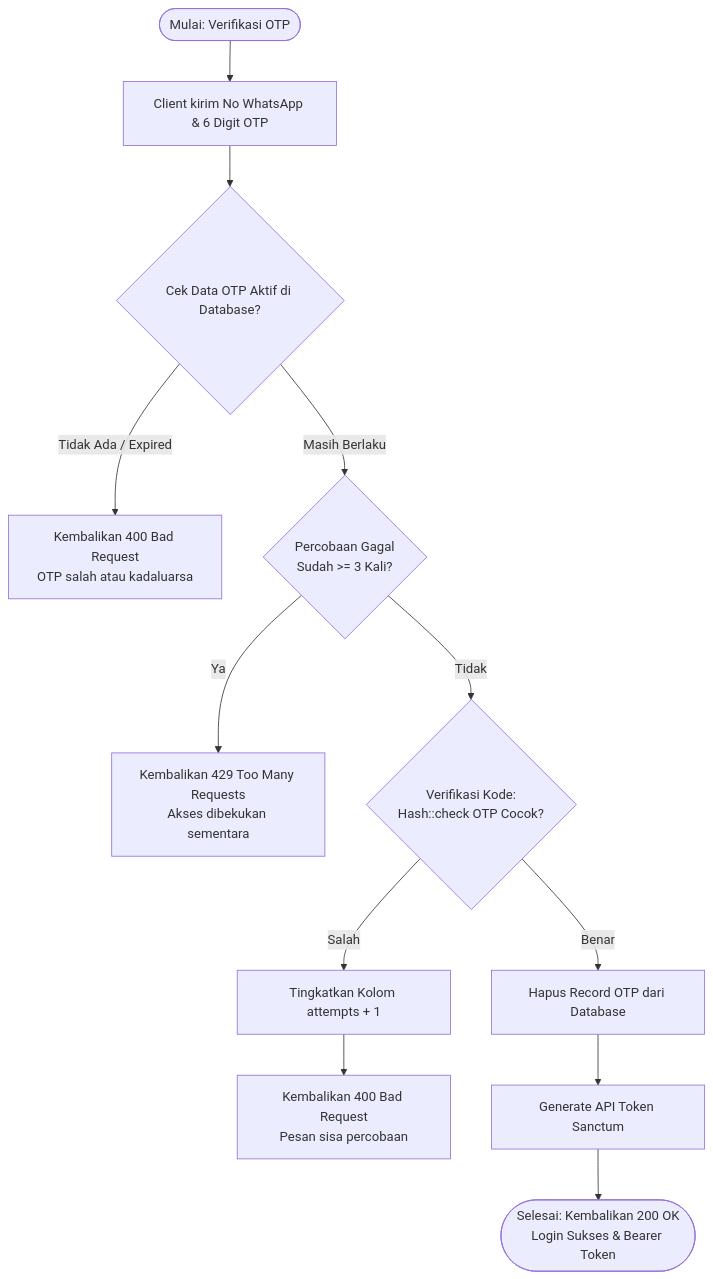
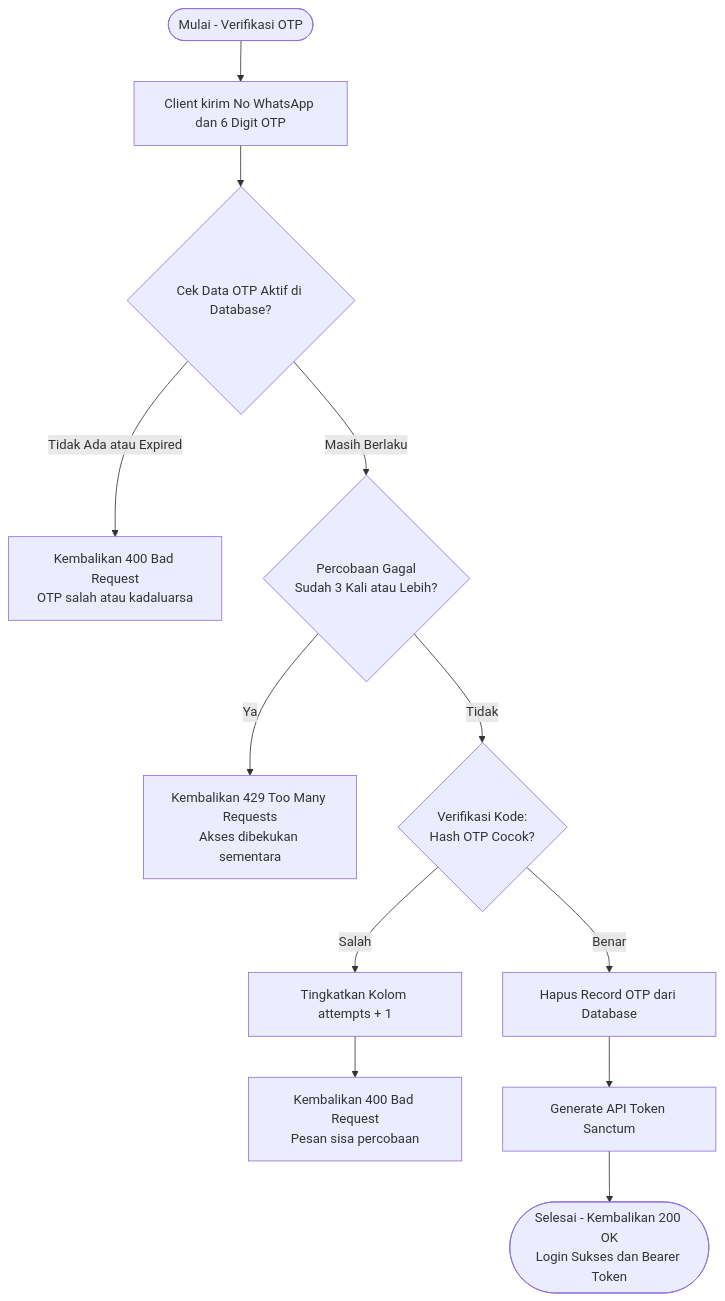
The seventh of 10 diagrams in README.md (nabilkencana/Laravel-UKL), drawn with Mermaid before and after one commit. The commit also changed other lines of this file, not shown here.

Commit message:
Update README.md; improve clarity in sequence diagrams and flowcharts for user authentication processes

````diff
--- a/README.md
+++ b/README.md
@@ -416,14 +415,14 @@
 ```mermaid
 flowchart TD
-    A([Mulai: Verifikasi OTP]) --> B[Client kirim No WhatsApp & 6 Digit OTP]
-    B --> C{Cek Data OTP Aktif di Database?}
-    C -- Tidak Ada / Expired --> D[Kembalikan 400 Bad Request<br/>OTP salah atau kadaluarsa]
-    C -- Masih Berlaku --> E{Percobaan Gagal<br/>Sudah >= 3 Kali?}
-    E -- Ya --> F[Kembalikan 429 Too Many Requests<br/>Akses dibekukan sementara]
-    E -- Tidak --> G{Verifikasi Kode:<br/>Hash::check OTP Cocok?}
-    G -- Salah --> H[Tingkatkan Kolom attempts + 1]
-    H --> I[Kembalikan 400 Bad Request<br/>Pesan sisa percobaan]
-    G -- Benar --> J[Hapus Record OTP dari Database]
-    J --> K[Generate API Token Sanctum]
-    K --> L([Selesai: Kembalikan 200 OK<br/>Login Sukses & Bearer Token])
+    A(["Mulai - Verifikasi OTP"]) --> B["Client kirim No WhatsApp dan 6 Digit OTP"]
+    B --> C{"Cek Data OTP Aktif di Database?"}
+    C -- Tidak Ada atau Expired --> D["Kembalikan 400 Bad Request<br/>OTP salah atau kadaluarsa"]
+    C -- Masih Berlaku --> E{"Percobaan Gagal<br/>Sudah 3 Kali atau Lebih?"}
+    E -- Ya --> F["Kembalikan 429 Too Many Requests<br/>Akses dibekukan sementara"]
+    E -- Tidak --> G{"Verifikasi Kode:<br/>Hash OTP Cocok?"}
+    G -- Salah --> H["Tingkatkan Kolom attempts + 1"]
+    H --> I["Kembalikan 400 Bad Request<br/>Pesan sisa percobaan"]
+    G -- Benar --> J["Hapus Record OTP dari Database"]
+    J --> K["Generate API Token Sanctum"]
+    K --> L(["Selesai - Kembalikan 200 OK<br/>Login Sukses dan Bearer Token"])
 ```
````
